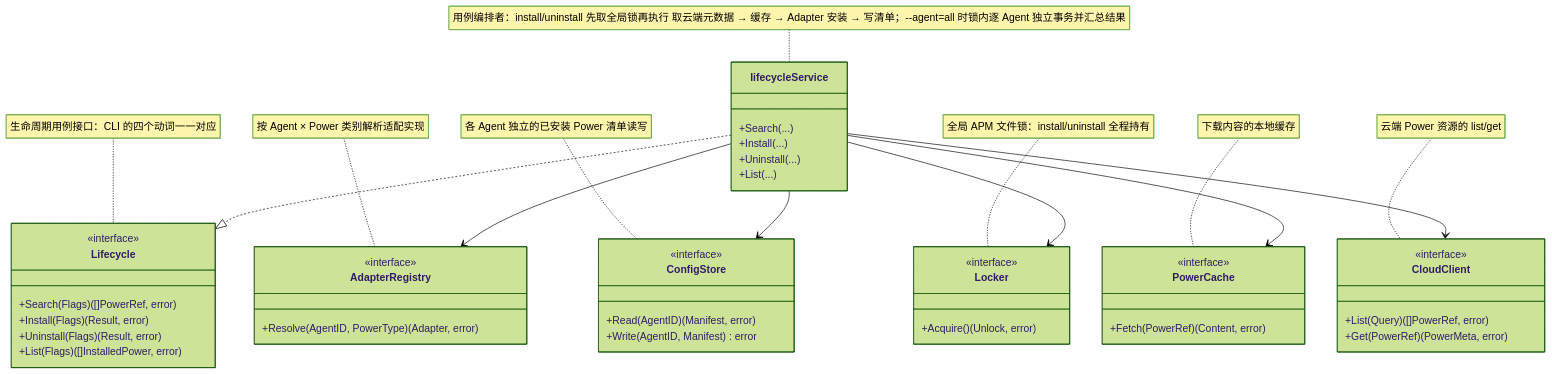
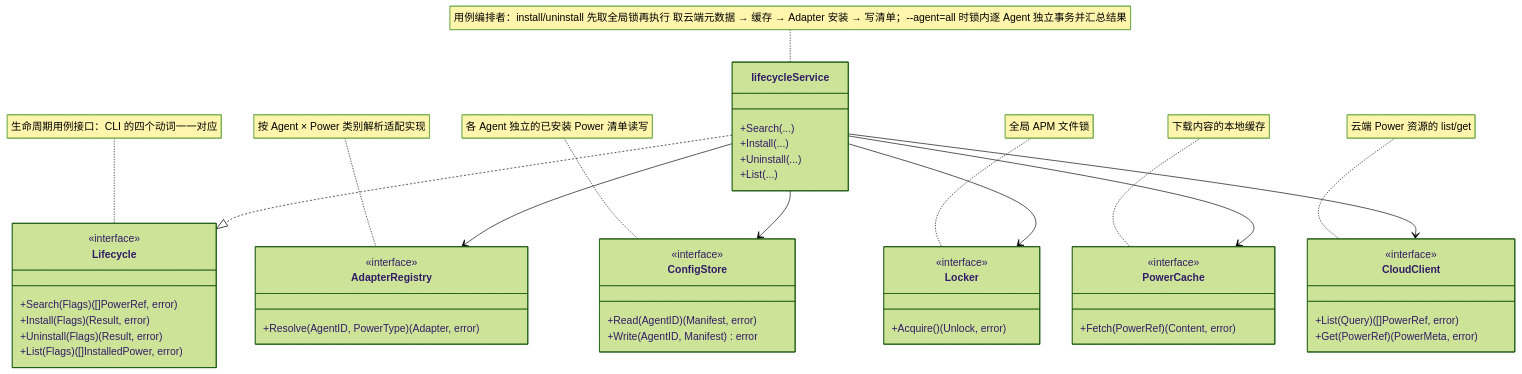
Before and after one commit to spacemit-com/agent-power-manager: the diagram in ivory-tower/c4/components/apm-cli-diagrams/core-lifecycle.mmd, drawn with Mermaid (forest theme). The commit also changed 1 other file, not shown here.

```diff
--- a/ivory-tower/c4/components/apm-cli-diagrams/core-lifecycle.mmd
+++ b/ivory-tower/c4/components/apm-cli-diagrams/core-lifecycle.mmd
@@ -1,56 +1,56 @@
 classDiagram
     note for Lifecycle "生命周期用例接口：CLI 的四个动词一一对应"
     class Lifecycle {
         <<interface>>
         +Search(Flags) ([]PowerRef, error)
         +Install(Flags) (Result, error)
         +Uninstall(Flags) (Result, error)
         +List(Flags) ([]InstalledPower, error)
     }
 
     note for lifecycleService "用例编排者：install/uninstall 先取全局锁再执行 取云端元数据 → 缓存 → Adapter 安装 → 写清单；--agent=all 时锁内逐 Agent 独立事务并汇总结果"
     class lifecycleService {
         +Search(...)
         +Install(...)
         +Uninstall(...)
         +List(...)
     }
 
     note for AdapterRegistry "按 Agent × Power 类别解析适配实现"
     class AdapterRegistry {
         <<interface>>
         +Resolve(AgentID, PowerType) (Adapter, error)
     }
 
     note for ConfigStore "各 Agent 独立的已安装 Power 清单读写"
     class ConfigStore {
         <<interface>>
         +Read(AgentID) (Manifest, error)
         +Write(AgentID, Manifest) error
     }
 
-    note for Locker "全局 APM 文件锁：install/uninstall 全程持有"
+    note for Locker "全局 APM 文件锁"
     class Locker {
         <<interface>>
         +Acquire() (Unlock, error)
     }
 
     note for PowerCache "下载内容的本地缓存"
     class PowerCache {
         <<interface>>
         +Fetch(PowerRef) (Content, error)
     }
 
     note for CloudClient "云端 Power 资源的 list/get"
     class CloudClient {
         <<interface>>
         +List(Query) ([]PowerRef, error)
         +Get(PowerRef) (PowerMeta, error)
     }
 
     lifecycleService ..|> Lifecycle
     lifecycleService --> AdapterRegistry
     lifecycleService --> ConfigStore
     lifecycleService --> Locker
     lifecycleService --> PowerCache
     lifecycleService --> CloudClient
```
